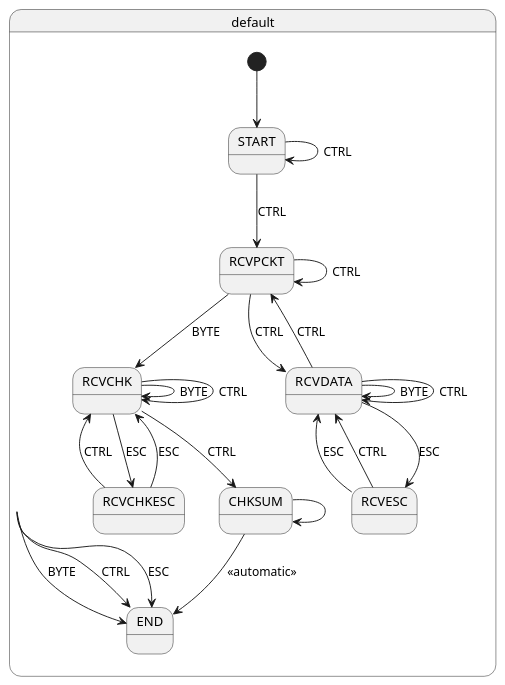
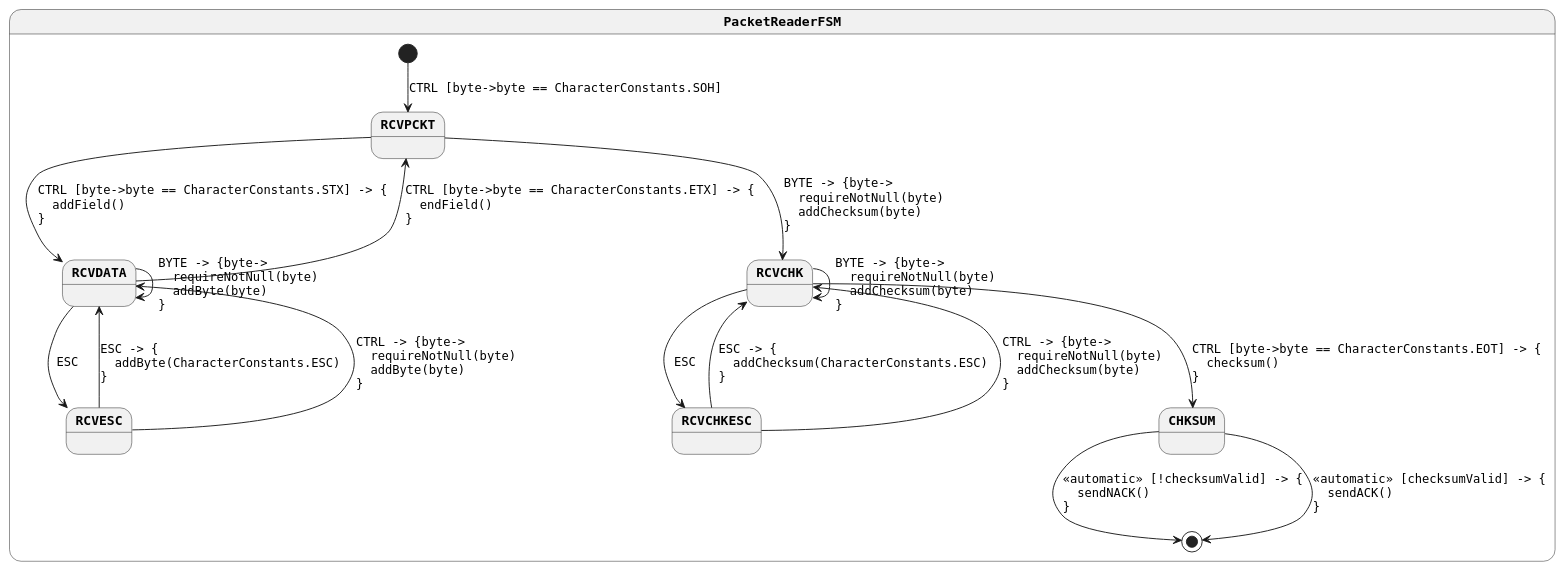
Before and after one commit to open-jumpco/kfsm: the diagram in generated/packet-reader.plantuml, drawn with PlantUML. The commit also changed 128 other files, not shown here.

```diff
--- a/generated/packet-reader.plantuml
+++ b/generated/packet-reader.plantuml
@@ -1,27 +1,26 @@
 @startuml
-state default {
-  [*] --> START
-  START --> START : CTRL
-  RCVPCKT --> RCVPCKT : CTRL
-  RCVPCKT --> RCVCHK : BYTE
-  RCVDATA --> RCVDATA : BYTE
-  RCVDATA --> RCVDATA : CTRL
-  RCVDATA --> RCVESC : ESC
-  RCVESC --> RCVDATA : ESC
-  RCVESC --> RCVDATA : CTRL
-  RCVCHK --> RCVCHK : BYTE
-  RCVCHK --> RCVCHKESC : ESC
-  RCVCHK --> RCVCHK : CTRL
-  RCVCHKESC --> RCVCHK : ESC
-  RCVCHKESC --> RCVCHK : CTRL
-  START --> RCVPCKT : CTRL
-  RCVPCKT --> RCVDATA : CTRL
-  RCVDATA --> RCVPCKT : CTRL
-  RCVCHK --> CHKSUM : CTRL
-  default --> END : BYTE
-  default --> END : CTRL
-  default --> END : ESC
-  CHKSUM --> CHKSUM
-  CHKSUM --> END : <<automatic>>
+skinparam monochrome true
+skinparam StateFontName Helvetica
+skinparam defaultFontName Monospaced
+skinparam defaultFontStyle Bold
+skinparam state {
+    FontStyle Bold
+}
+state PacketReaderFSM {
+[*] --> RCVPCKT : CTRL [byte->byte == CharacterConstants.SOH]
+RCVPCKT --> RCVDATA : CTRL [byte->byte == CharacterConstants.STX] -> {\l  addField()\l}
+RCVPCKT --> RCVCHK : BYTE -> {byte->\l  requireNotNull(byte)\l  addChecksum(byte)\l}
+RCVDATA --> RCVDATA : BYTE -> {byte->\l  requireNotNull(byte)\l  addByte(byte)\l}
+RCVDATA --> RCVPCKT : CTRL [byte->byte == CharacterConstants.ETX] -> {\l  endField()\l}
+RCVDATA --> RCVESC : ESC
+RCVESC --> RCVDATA : ESC -> {\l  addByte(CharacterConstants.ESC)\l}
+RCVESC --> RCVDATA : CTRL -> {byte->\l  requireNotNull(byte)\l  addByte(byte)\l}
+RCVCHK --> RCVCHK : BYTE -> {byte->\l  requireNotNull(byte)\l  addChecksum(byte)\l}
+RCVCHK --> RCVCHKESC : ESC
+RCVCHK --> CHKSUM : CTRL [byte->byte == CharacterConstants.EOT] -> {\l  checksum()\l}
+CHKSUM --> [*] : <<automatic>> [!checksumValid] -> {\l  sendNACK()\l}
+CHKSUM --> [*] : <<automatic>> [checksumValid] -> {\l  sendACK()\l}
+RCVCHKESC --> RCVCHK : ESC -> {\l  addChecksum(CharacterConstants.ESC)\l}
+RCVCHKESC --> RCVCHK : CTRL -> {byte->\l  requireNotNull(byte)\l  addChecksum(byte)\l}
 }
 @enduml
```
